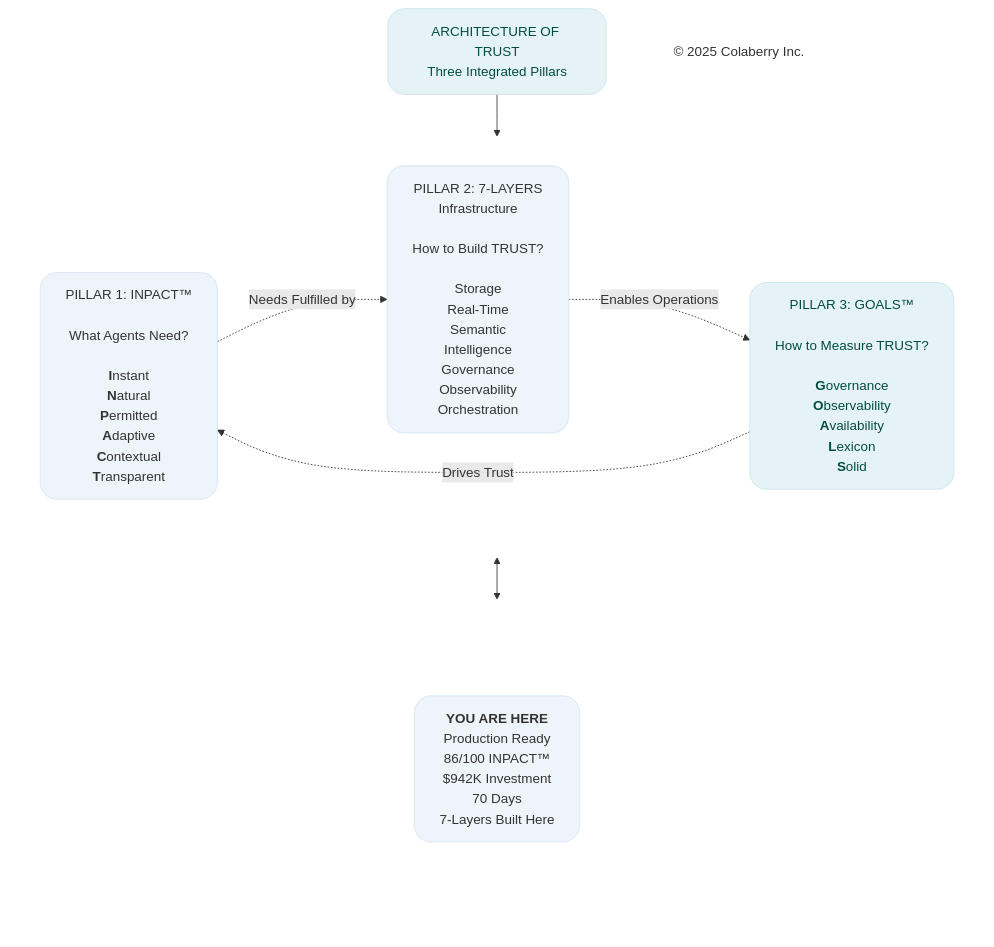
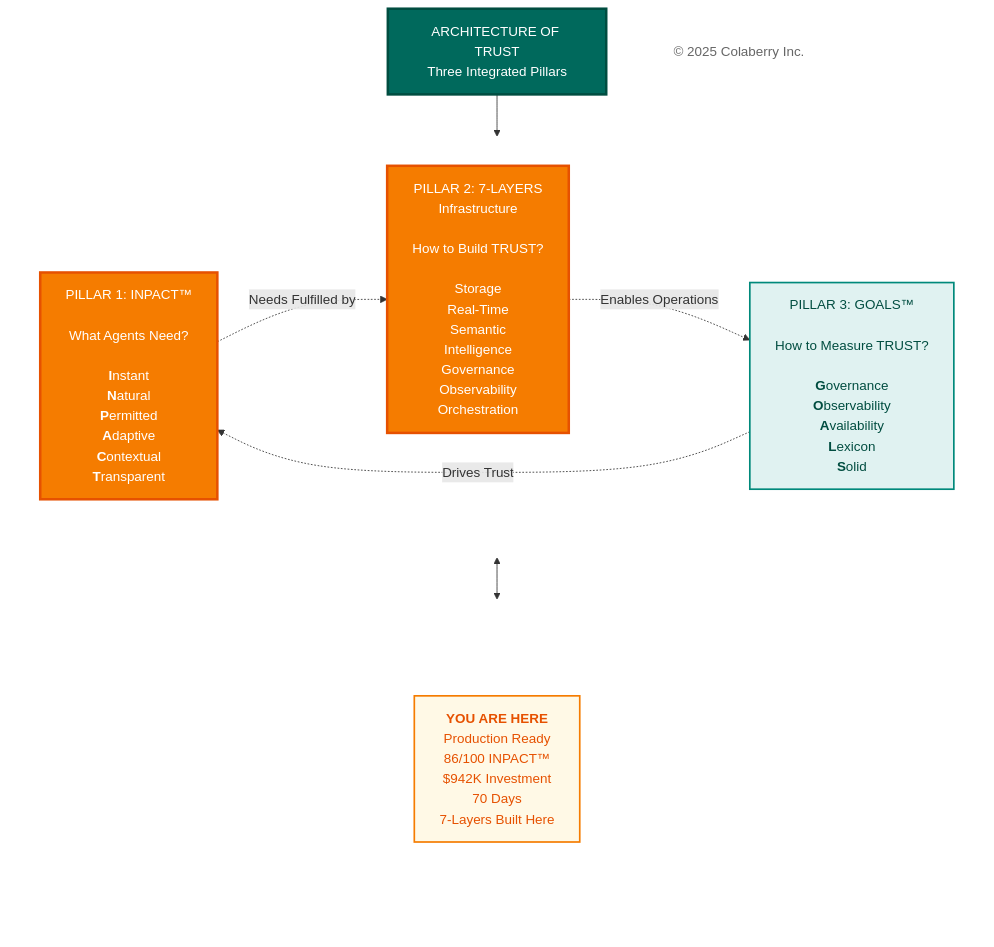
Diagram 14 of 14 in manuscript/07_chapter_6_transparency_orchestration_layers.md (saitejesh-cyber/trust-before-intelligence-book), drawn with Mermaid before and after one commit. The commit also changed other lines of this file and 12 other files, not shown here.

Commit message:
Restore legacy Mermaid styles for Option 1

````diff
--- a/manuscript/07_chapter_6_transparency_orchestration_layers.md
+++ b/manuscript/07_chapter_6_transparency_orchestration_layers.md
@@ -1274,42 +1266,42 @@
 ```mermaid
 
 graph TB
     Title["ARCHITECTURE OF TRUST<br/>Three Integrated Pillars"]
     
     subgraph PILLARS[" "]
         direction LR
         INPACT["`PILLAR 1: INPACT™<br/><br/>What Agents Need?<br/><br/>**I**nstant<br/>**N**atural<br/>**P**ermitted<br/>**A**daptive<br/>**C**ontextual<br/>**T**ransparent`"]
         
         Layers["PILLAR 2: 7-LAYERS<br/>Infrastructure<br/><br/>How to Build TRUST?<br/><br/>Storage<br/>Real-Time<br/>Semantic<br/>Intelligence<br/>Governance<br/>Observability<br/>Orchestration"]
         
         GOALS["`PILLAR 3: GOALS™<br/><br/>How to Measure TRUST?<br/><br/>**G**overnance<br/>**O**bservability<br/>**A**vailability<br/>**L**exicon<br/>**S**olid`"]
     end
     
     subgraph INDICATOR[" "]
         direction LR
         Spacer1[" "]
         YouAreHere["<b>YOU ARE HERE</b><br/>Production Ready<br/>86/100 INPACT™<br/>$942K Investment<br/>70 Days <br/> 7-Layers Built Here"]
         Spacer2[" "]
     end
     
     Copyright["© 2025 Colaberry Inc."]
     
     Title --> PILLARS
     PILLARS <--> INDICATOR
     
     INPACT -.->|"Needs Fulfilled by"| Layers
     Layers -.->|"Enables Operations"| GOALS
     GOALS -.->|"Drives Trust"| INPACT
     
-    style Title fill:#e6f3f6,stroke:#c7e3ea,stroke-width:1px,color:#004d40,rx:20,ry:20
+    style Title fill:#00695c,color:#ffffff,stroke:#004d40,stroke-width:3px
     style PILLARS fill:none,stroke:none
     style INDICATOR fill:none,stroke:none
-    style INPACT fill:#edf4fa,stroke:#d6e4f2,stroke-width:1px,color:#333333,rx:20,ry:20
-    style Layers fill:#edf4fa,stroke:#d6e4f2,stroke-width:1px,color:#333333,rx:20,ry:20
-    style GOALS fill:#e6f3f6,stroke:#c7e3ea,stroke-width:1px,color:#004d40,rx:20,ry:20
+    style INPACT fill:#f57c00,stroke:#e65100,stroke-width:3px,color:#ffffff
+    style Layers fill:#f57c00,stroke:#e65100,stroke-width:3px,color:#ffffff
+    style GOALS fill:#e0f2f1,stroke:#00897b,stroke-width:2px,color:#004d40
     style Spacer1 fill:none,stroke:none,color:transparent
-    style YouAreHere fill:#edf4fa,stroke:#d6e4f2,stroke-width:1px,color:#333333,rx:20,ry:20
+    style YouAreHere fill:#fff9e6,stroke:#f57c00,stroke-width:2px,color:#e65100
     style Spacer2 fill:none,stroke:none,color:transparent
-    style Copyright fill:none,stroke:none,color:#333333
+    style Copyright fill:#ffffff,stroke:none,color:#666666
 
 ```
````
